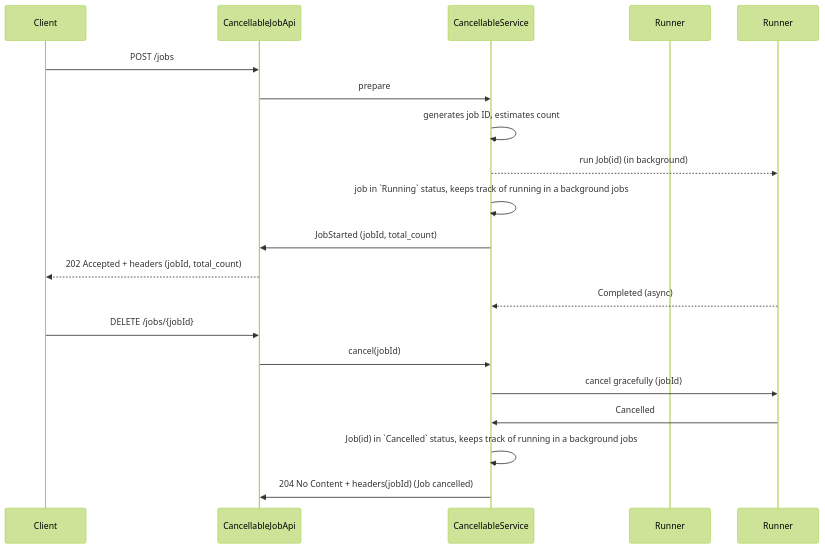
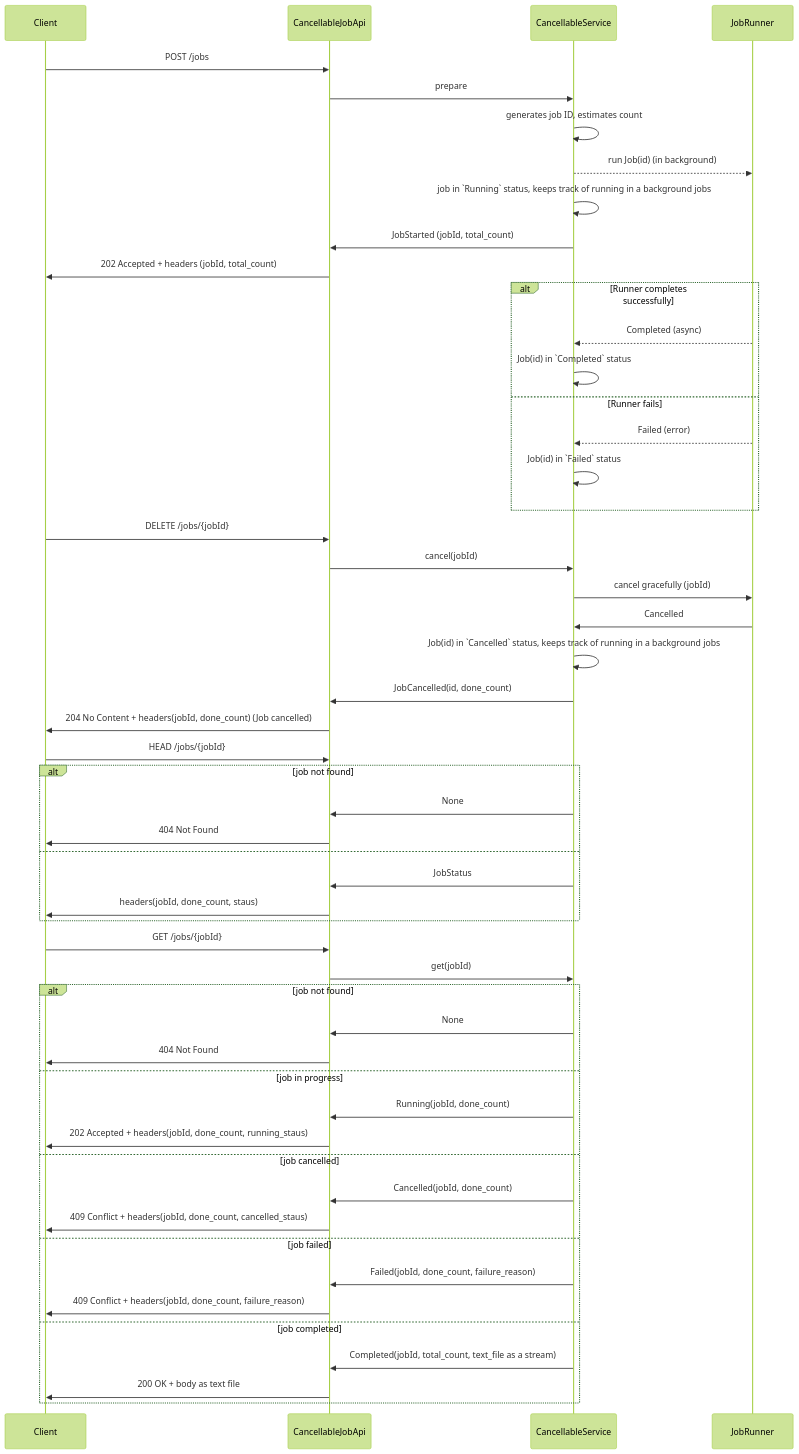
One commit to oleksiypr/scala-trial changed the diagram in docs/articles/canceleable-job-api.art.md. Above: the diagram before and after it, drawn with Mermaid (forest theme). The commit also changed other lines of this file, not shown here.

Commit message:
[cancellable-api] Enhance `CancellableJobApi` documentation: update sequence diagram, clarify job management flow, and add job status retrieval details

````diff
--- a/docs/articles/canceleable-job-api.art.md
+++ b/docs/articles/canceleable-job-api.art.md
@@ -7,22 +7,58 @@
 ```mermaid
 sequenceDiagram
     participant Client
     participant API as CancellableJobApi                    
     participant Service as CancellableService
-    participant JobRunner as Runner
+    participant Runner as JobRunner
+    
     Client->>API: POST /jobs 
     API->>Service: prepare
     Service->>Service: generates job ID, estimates count
     Service-->>Runner: run Job(id) (in background)
     Service->>Service: job in `Running` status, keeps track of running in a background jobs
     Service->>API: JobStarted (jobId, total_count)
-    API-->>Client: 202 Accepted + headers (jobId, total_count)
-    Runner-->>Service: Completed (async)
+    API->>Client: 202 Accepted + headers (jobId, total_count)
+    alt Runner completes successfully
+        Runner-->>Service: Completed (async) 
+        Service->>Service: Job(id) in `Completed` status
+    else Runner fails
+        Runner-->>Service: Failed (error)
+        Service->>Service: Job(id) in `Failed` status
+    end
     
     Client->>API: DELETE /jobs/{jobId}
     API->>Service: cancel(jobId)
     Service->>Runner: cancel gracefully (jobId)
     Runner->>Service: Cancelled
     Service->>Service: Job(id) in `Cancelled` status, keeps track of running in a background jobs
-    Service->>API: 204 No Content + headers(jobId) (Job cancelled)
+    Service->>API: JobCancelled(id, done_count) 
+    API->>Client: 204 No Content + headers(jobId, done_count) (Job cancelled)
+
+    Client->>API: HEAD /jobs/{jobId}
+    alt job not found
+        Service->>API: None
+        API->>Client: 404 Not Found
+    else
+        Service->>API: JobStatus
+        API->>Client: headers(jobId, done_count, staus)
+    end
+
+    Client->>API: GET /jobs/{jobId}
+    API->>Service: get(jobId)
+    alt job not found
+        Service->>API: None
+        API->>Client: 404 Not Found
+    else job in progress
+        Service->>API: Running(jobId, done_count)
+        API->>Client: 202 Accepted + headers(jobId, done_count, running_staus)
+    else job cancelled
+        Service->>API: Cancelled(jobId, done_count)
+        API->>Client: 409 Conflict + headers(jobId, done_count, cancelled_staus)
+    else job failed
+        Service->>API: Failed(jobId, done_count, failure_reason)
+        API->>Client: 409 Conflict + headers(jobId, done_count, failure_reason)
+    else job completed
+        Service->>API: Completed(jobId, total_count, text_file as a stream)
+        API->>Client: 200 OK + body as text file
+    end
 ```
````
